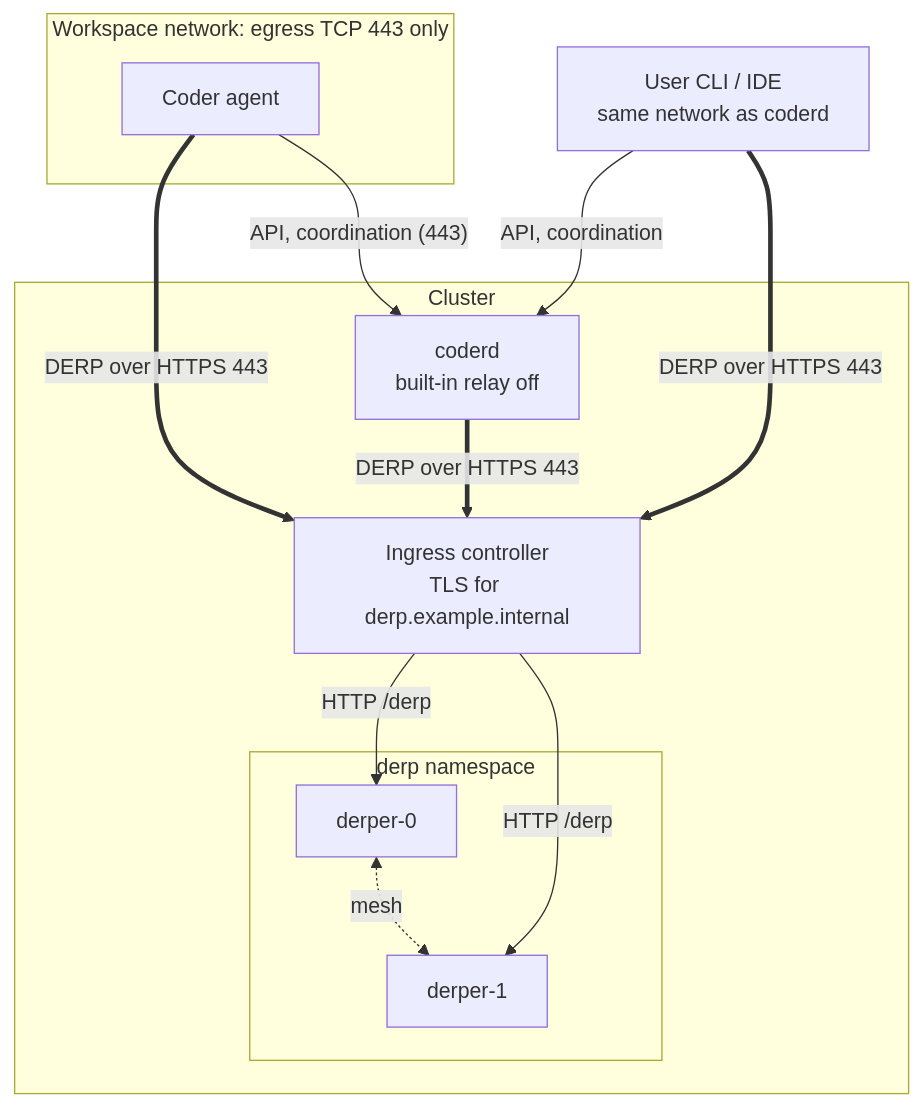
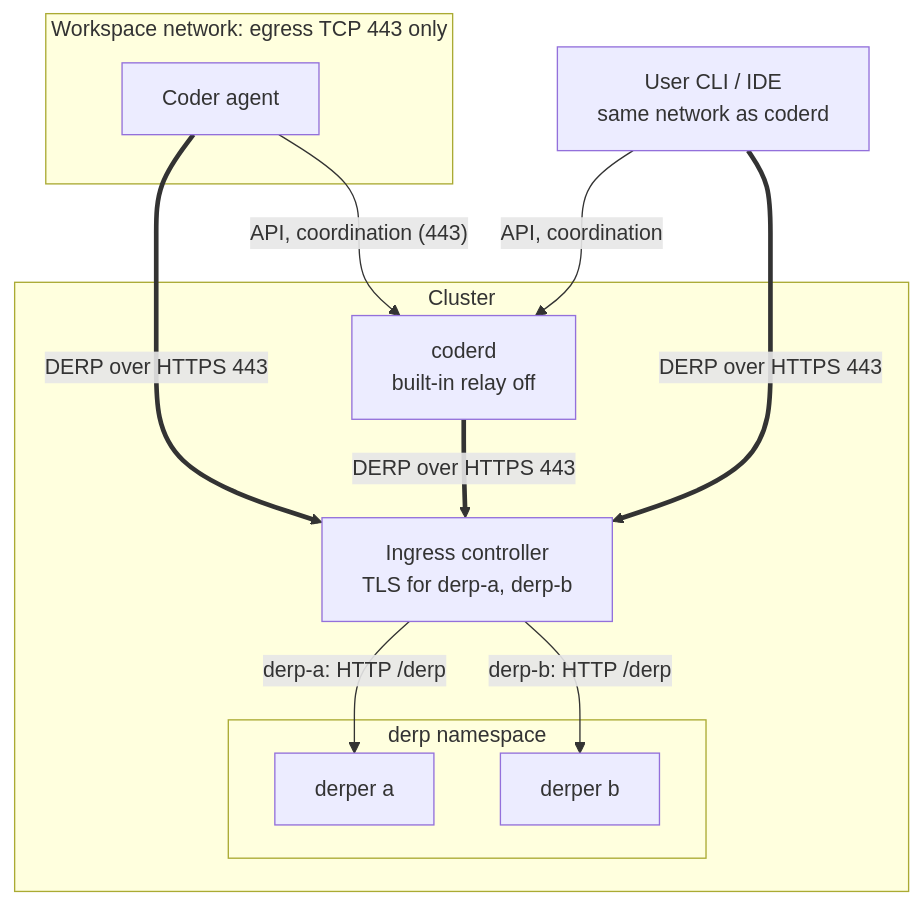
Before and after one commit to datahattrick/scratch: the sixth of 7 diagrams in coder/derp/docs/how-it-works.md, drawn with Mermaid. The commit also changed other lines of this file and 14 other files, not shown here.

First line of the commit message:
coder: DERP chart on upstream derper, one server per node

````diff
--- a/coder/derp/docs/how-it-works.md
+++ b/coder/derp/docs/how-it-works.md
@@ -135,21 +154,22 @@
 ```mermaid
 flowchart TB
   subgraph Cluster
     CD[coderd<br/>built-in relay off] 
-    ING[Ingress controller<br/>TLS for derp.example.internal]
+    ING[Ingress controller<br/>TLS for derp-a, derp-b]
     subgraph derp[derp namespace]
-      P0[derper-0] <-.mesh.-> P1[derper-1]
+      P0[derper a]
+      P1[derper b]
     end
-    ING -- "HTTP /derp" --> P0
-    ING -- "HTTP /derp" --> P1
+    ING -- "derp-a: HTTP /derp" --> P0
+    ING -- "derp-b: HTTP /derp" --> P1
   end
   subgraph WS[Workspace network: egress TCP 443 only]
     AG[Coder agent]
   end
   USER[User CLI / IDE<br/>same network as coderd]
   AG -- "API, coordination (443)" --> CD
   AG == "DERP over HTTPS 443" ==> ING
   CD == "DERP over HTTPS 443" ==> ING
   USER == "DERP over HTTPS 443" ==> ING
   USER -- "API, coordination" --> CD
 ```
````
